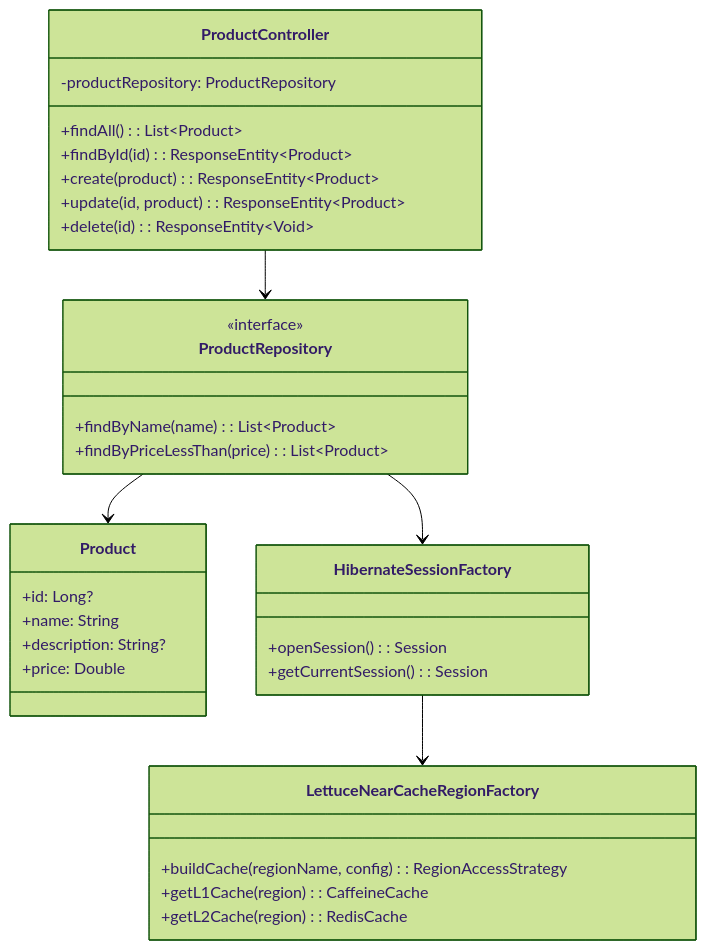
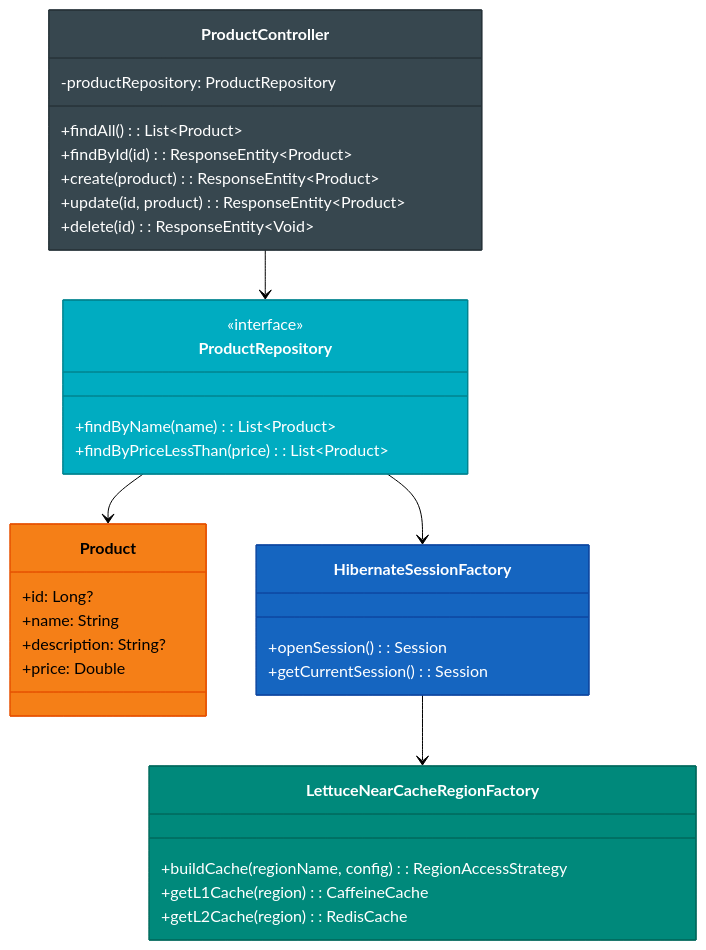
One commit to bluetape4k/bluetape4k-projects changed the first of 2 diagrams in spring-boot4/hibernate-lettuce-demo/README.ko.md. Above: the diagram before and after it, drawn with Mermaid (forest theme). The commit also changed other lines of this file and 221 other files, not shown here.

First line of the commit message:
docs: 전체 모듈 README UML 다이어그램 보강 및 색상 업그레이드

````diff
--- a/spring-boot4/hibernate-lettuce-demo/README.ko.md
+++ b/spring-boot4/hibernate-lettuce-demo/README.ko.md
@@ -11,36 +11,42 @@
 ```mermaid
 classDiagram
     class ProductController {
         -productRepository: ProductRepository
         +findAll(): List~Product~
         +findById(id): ResponseEntity~Product~
         +create(product): ResponseEntity~Product~
         +update(id, product): ResponseEntity~Product~
         +delete(id): ResponseEntity~Void~
     }
     class ProductRepository {
         <<interface>>
         +findByName(name): List~Product~
         +findByPriceLessThan(price): List~Product~
     }
     class Product {
         +id: Long?
         +name: String
         +description: String?
         +price: Double
     }
     class LettuceNearCacheRegionFactory {
         +buildCache(regionName, config): RegionAccessStrategy
         +getL1Cache(region): CaffeineCache
         +getL2Cache(region): RedisCache
     }
     class HibernateSessionFactory {
         +openSession(): Session
         +getCurrentSession(): Session
     }
 
     ProductController --> ProductRepository
     ProductRepository --> Product
     HibernateSessionFactory --> LettuceNearCacheRegionFactory
     ProductRepository --> HibernateSessionFactory
+
+    style ProductController fill:#37474F,stroke:#263238,color:#FFFFFF
+    style ProductRepository fill:#00ACC1,stroke:#00838F,color:#FFFFFF
+    style Product fill:#F57F17,stroke:#E65100,color:#000000
+    style LettuceNearCacheRegionFactory fill:#00897B,stroke:#00695C,color:#FFFFFF
+    style HibernateSessionFactory fill:#1565C0,stroke:#0D47A1,color:#FFFFFF
 ```
````
